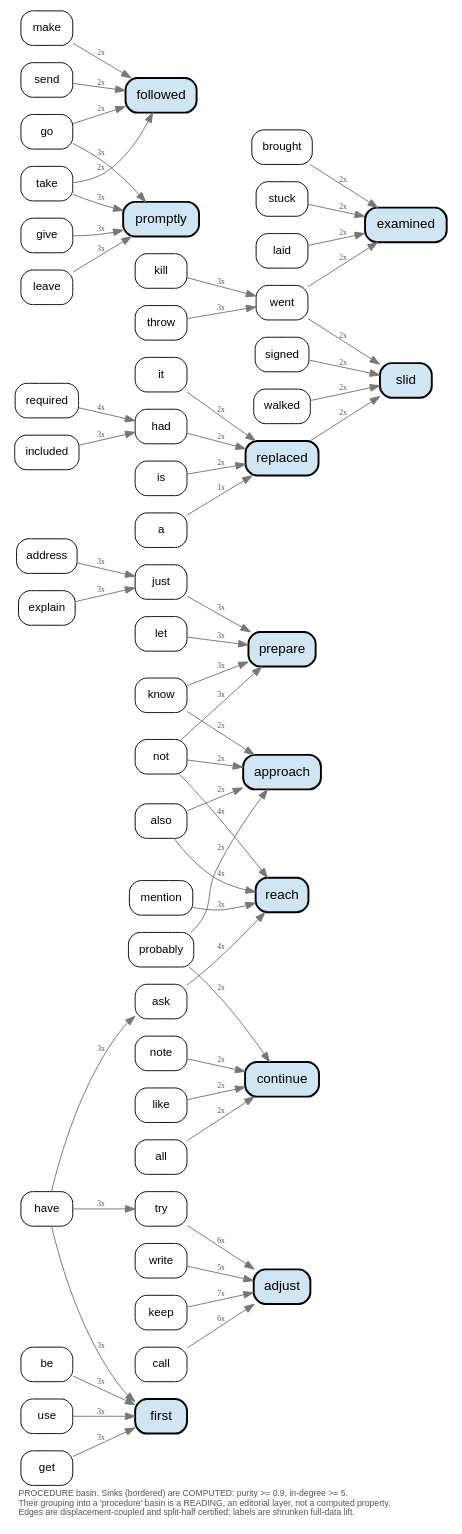
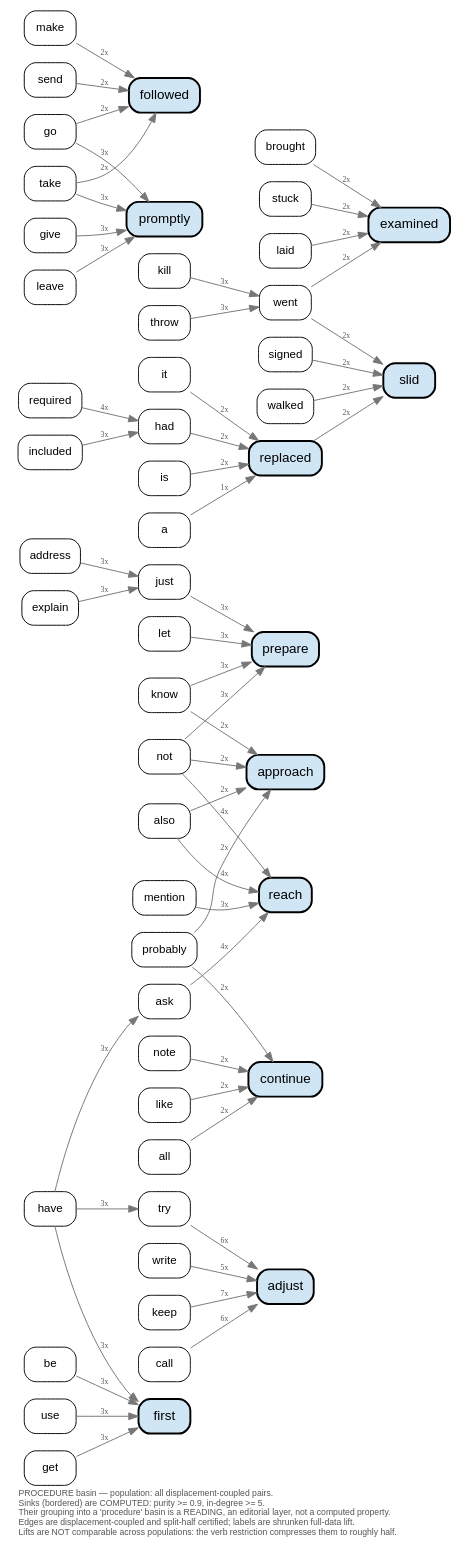
The diagram in meta/M01_displacement/figures/displacement_basin_procedure.dot (quadrismegistus/malign-logits), drawn with Graphviz before and after one commit. The commit also changed 29 other files, not shown here.

```diff
--- a/meta/M01_displacement/figures/displacement_basin_procedure.dot
+++ b/meta/M01_displacement/figures/displacement_basin_procedure.dot
@@ -1,74 +1,74 @@
 // procedure basin watershed — sinks (computed: purity>=0.9,
 // in>=5) + top-6 feeders each + top-2 second-hop feeders.
 // All edges displacement-coupled and split-half certified.
 digraph basin {
   rankdir=LR; node [shape=box, style="rounded,filled",
     fillcolor=white, fontname="Helvetica", fontsize=12];
   edge [fontsize=8, color="#777777", fontcolor="#555555"];
   labelloc="b"; labeljust="l"; fontname="Helvetica"; fontsize=9;
   fontcolor="#555555";
-  label="PROCEDURE basin. Sinks (bordered) are COMPUTED: purity >= 0.9, in-degree >= 5.\lTheir grouping into a 'procedure' basin is a READING, an editorial layer, not a computed property.\lEdges are displacement-coupled and split-half certified; labels are shrunken full-data lift.\l";
+  label="PROCEDURE basin — population: all displacement-coupled pairs.\lSinks (bordered) are COMPUTED: purity >= 0.9, in-degree >= 5.\lTheir grouping into a 'procedure' basin is a READING, an editorial layer, not a computed property.\lEdges are displacement-coupled and split-half certified; labels are shrunken full-data lift.\lLifts are NOT comparable across populations: the verb restriction compresses them to roughly half.\l";
   "reach" [fillcolor="#d0e6f5", penwidth=2, fontsize=14];
   "prepare" [fillcolor="#d0e6f5", penwidth=2, fontsize=14];
   "adjust" [fillcolor="#d0e6f5", penwidth=2, fontsize=14];
   "continue" [fillcolor="#d0e6f5", penwidth=2, fontsize=14];
   "approach" [fillcolor="#d0e6f5", penwidth=2, fontsize=14];
   "examined" [fillcolor="#d0e6f5", penwidth=2, fontsize=14];
   "followed" [fillcolor="#d0e6f5", penwidth=2, fontsize=14];
   "replaced" [fillcolor="#d0e6f5", penwidth=2, fontsize=14];
   "slid" [fillcolor="#d0e6f5", penwidth=2, fontsize=14];
   "promptly" [fillcolor="#d0e6f5", penwidth=2, fontsize=14];
   "first" [fillcolor="#d0e6f5", penwidth=2, fontsize=14];
   "keep" -> "adjust" [label="7x"];
   "try" -> "adjust" [label="6x"];
   "call" -> "adjust" [label="6x"];
   "write" -> "adjust" [label="5x"];
   "not" -> "reach" [label="4x"];
   "ask" -> "reach" [label="4x"];
   "also" -> "reach" [label="4x"];
   "mention" -> "reach" [label="3x"];
   "leave" -> "promptly" [label="3x"];
   "go" -> "promptly" [label="3x"];
   "know" -> "prepare" [label="3x"];
   "take" -> "promptly" [label="3x"];
   "be" -> "first" [label="3x"];
   "use" -> "first" [label="3x"];
   "have" -> "first" [label="3x"];
   "get" -> "first" [label="3x"];
   "let" -> "prepare" [label="3x"];
   "just" -> "prepare" [label="3x"];
   "not" -> "prepare" [label="3x"];
   "give" -> "promptly" [label="3x"];
   "know" -> "approach" [label="2x"];
   "probably" -> "approach" [label="2x"];
   "probably" -> "continue" [label="2x"];
   "not" -> "approach" [label="2x"];
   "go" -> "followed" [label="2x"];
   "also" -> "approach" [label="2x"];
   "take" -> "followed" [label="2x"];
   "brought" -> "examined" [label="2x"];
   "make" -> "followed" [label="2x"];
   "send" -> "followed" [label="2x"];
   "note" -> "continue" [label="2x"];
   "stuck" -> "examined" [label="2x"];
   "laid" -> "examined" [label="2x"];
   "like" -> "continue" [label="2x"];
   "went" -> "examined" [label="2x"];
   "it" -> "replaced" [label="2x"];
   "signed" -> "slid" [label="2x"];
   "all" -> "continue" [label="2x"];
   "replaced" -> "slid" [label="2x"];
   "had" -> "replaced" [label="2x"];
   "walked" -> "slid" [label="2x"];
   "went" -> "slid" [label="2x"];
   "is" -> "replaced" [label="2x"];
   "a" -> "replaced" [label="1x"];
   "required" -> "had" [label="4x"];
   "have" -> "try" [label="3x"];
   "included" -> "had" [label="3x"];
   "address" -> "just" [label="3x"];
   "explain" -> "just" [label="3x"];
   "have" -> "ask" [label="3x"];
   "kill" -> "went" [label="3x"];
   "throw" -> "went" [label="3x"];
 }
```
